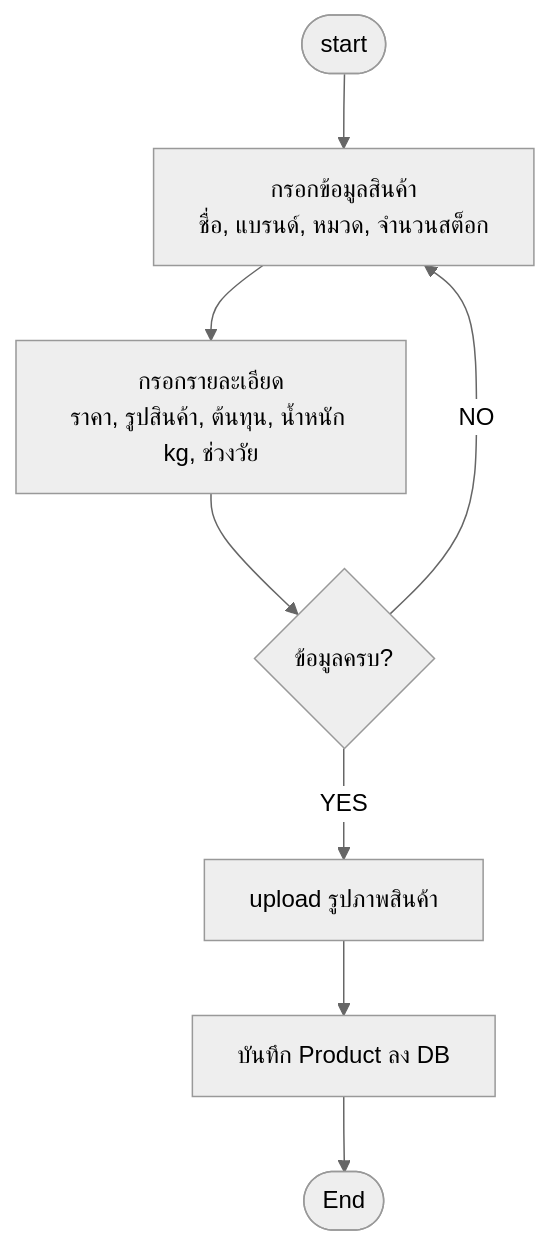
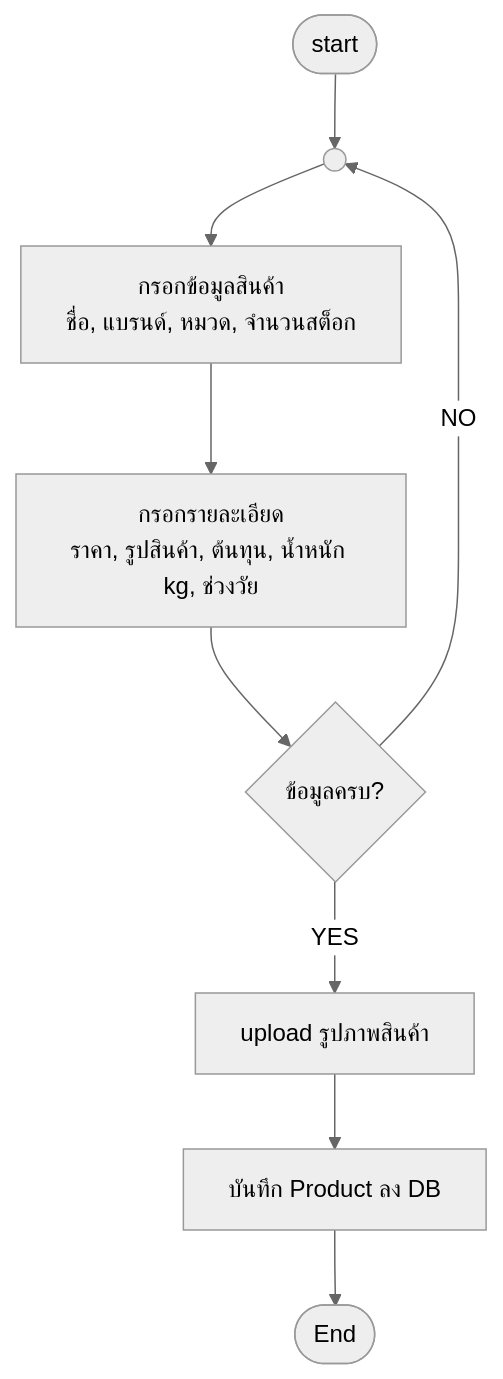
Diagram 11 of 18 in README.md (doraemon-kub/CSI402_Project-final), drawn with Mermaid (neutral theme) before and after one commit. The commit also changed other lines of this file, not shown here.

Commit message:
docs: add ANSI standard on-page connector symbols (( )) to loop-back and junction flowcharts

````diff
--- a/README.md
+++ b/README.md
@@ -281,10 +294,11 @@
 ```mermaid
 flowchart TD
-    Start([start]) --> InputBasic[กรอกข้อมูลสินค้า\nชื่อ, แบรนด์, หมวด, จำนวนสต็อก]
+    Start([start]) --> ConnAddProd(( ))
+    ConnAddProd --> InputBasic[กรอกข้อมูลสินค้า\nชื่อ, แบรนด์, หมวด, จำนวนสต็อก]
     InputBasic --> InputDetail[กรอกรายละเอียด\nราคา, รูปสินค้า, ต้นทุน, น้ำหนัก kg, ช่วงวัย]
     InputDetail --> CheckProductComplete{ข้อมูลครบ?}
-    CheckProductComplete -- NO --> InputBasic
+    CheckProductComplete -- NO --> ConnAddProd
     CheckProductComplete -- YES --> UploadImage[upload รูปภาพสินค้า]
     UploadImage --> SaveProductDB[บันทึก Product ลง DB]
     SaveProductDB --> End([End])
 ```
````
